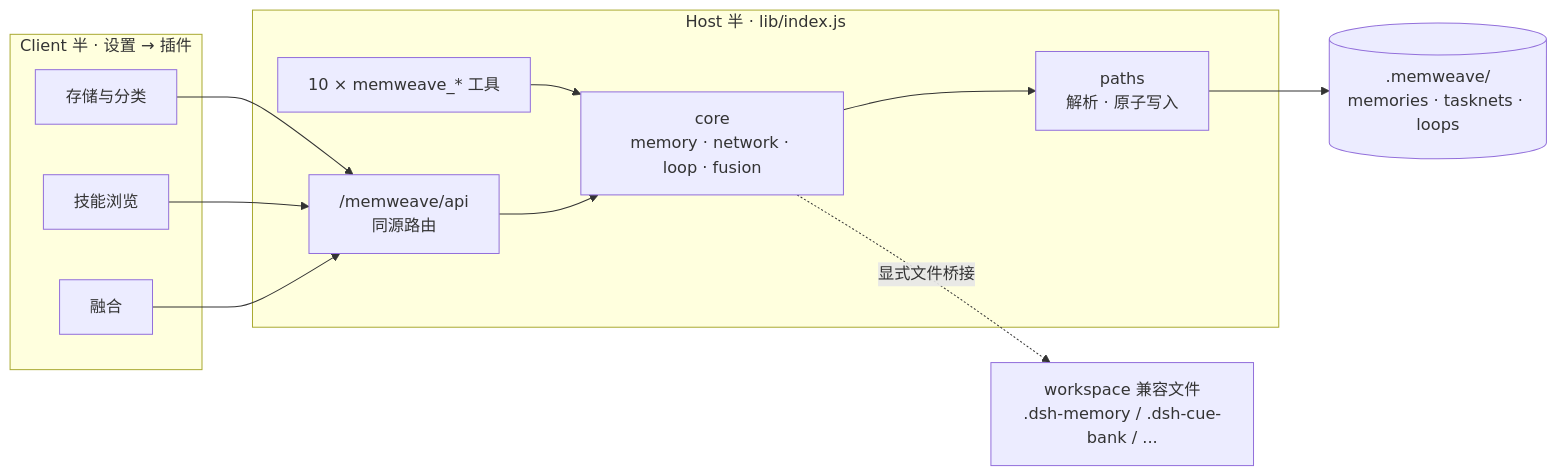
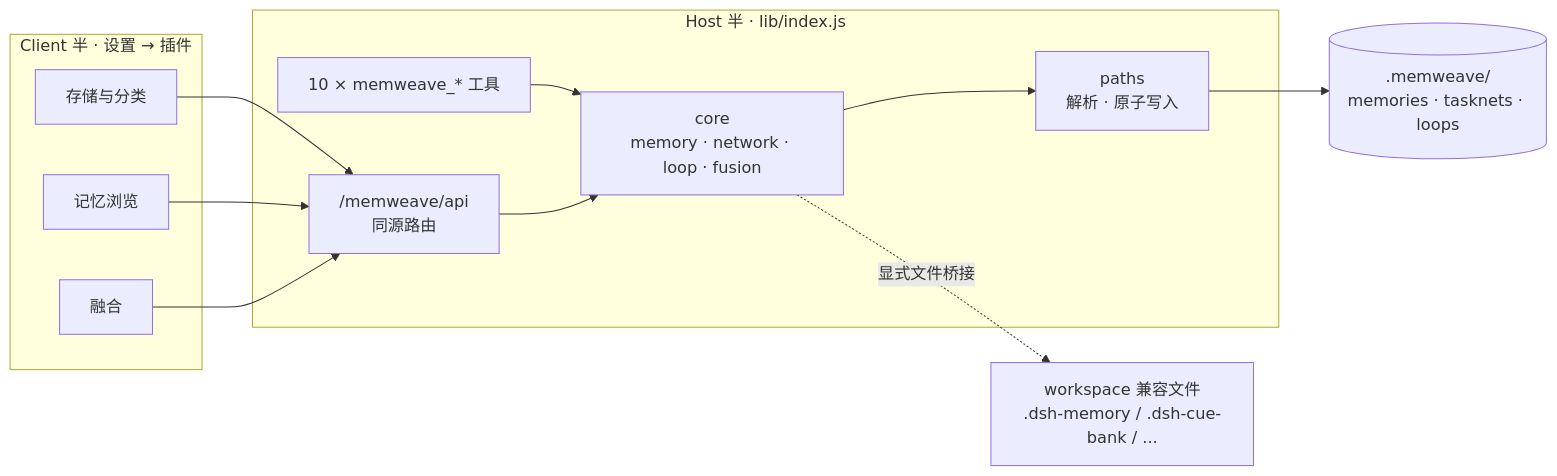
Before and after one commit to lw24-1936/dsh-memweave: the first of 2 diagrams in README.md, drawn with Mermaid. The commit also changed other lines of this file and 7 other files, not shown here.

````diff
--- a/README.md
+++ b/README.md
@@ -140,24 +140,24 @@
 ```mermaid
 flowchart LR
   subgraph C["Client 半 · 设置 → 插件"]
     UI1["存储与分类"]
-    UI2["技能浏览"]
+    UI2["记忆浏览"]
     UI3["融合"]
   end
 
   subgraph H["Host 半 · lib/index.js"]
     TOOLS["10 × memweave_* 工具"]
     API["/memweave/api<br/>同源路由"]
     CORE["core<br/>memory · network · loop · fusion"]
     PATHS["paths<br/>解析 · 原子写入"]
   end
 
   UI1 --> API
   UI2 --> API
   UI3 --> API
   TOOLS --> CORE
   API --> CORE
   CORE --> PATHS
   PATHS --> STORE[(".memweave/<br/>memories · tasknets · loops")]
   CORE -. 显式文件桥接 .-> OTHER["workspace 兼容文件<br/>.dsh-memory / .dsh-cue-bank / ..."]
 ```
````
